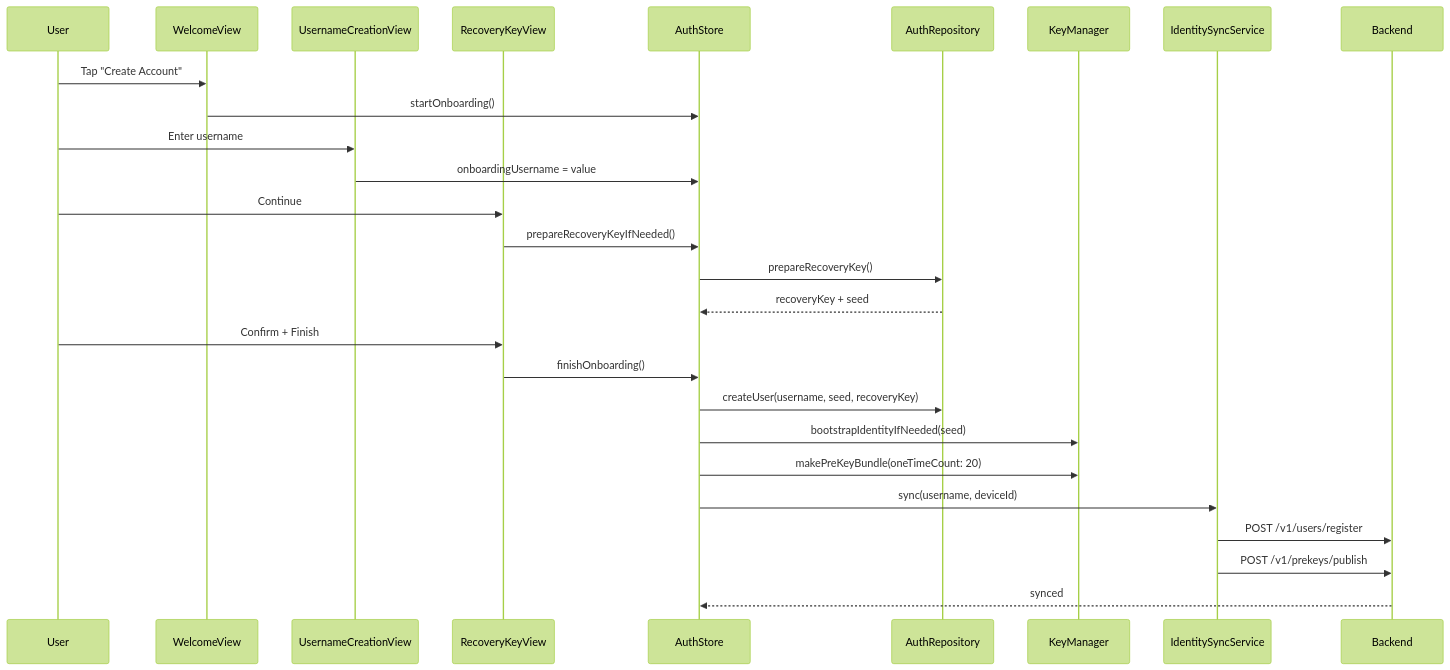
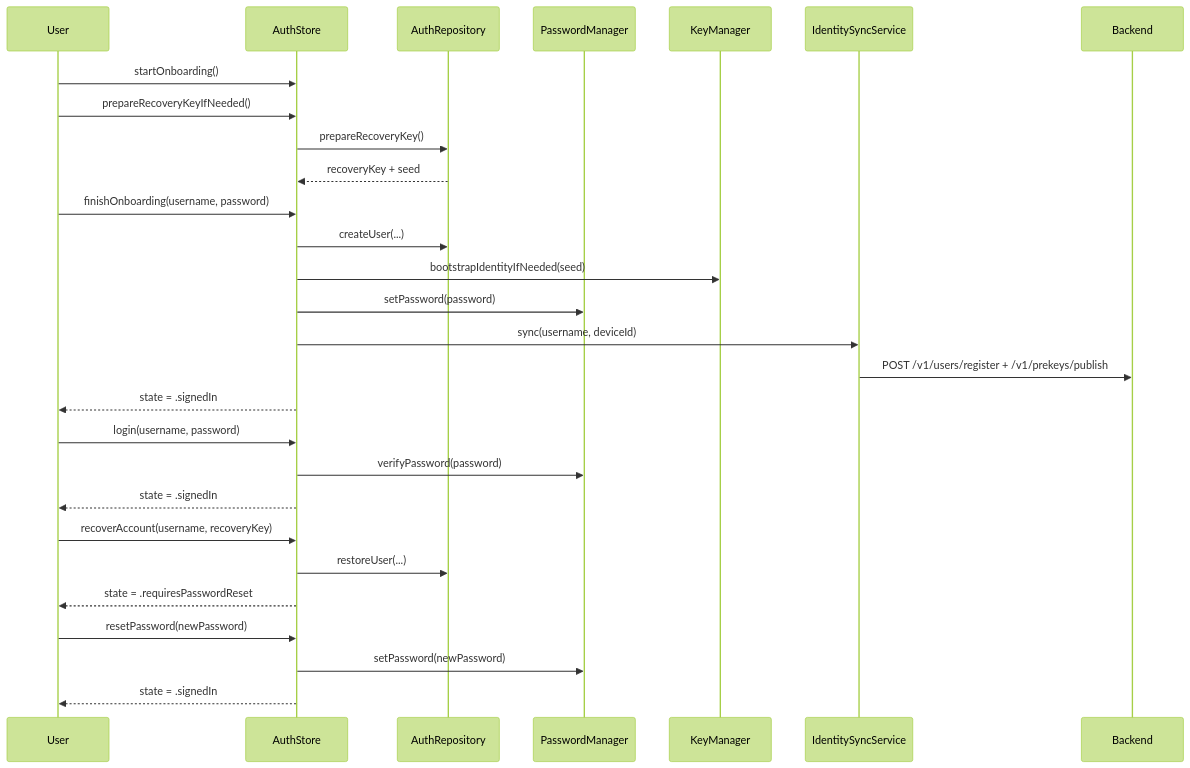
One commit to isalmanqureshi/Veil changed the third of 14 diagrams in docs/DIAGRAMS.md. Above: the diagram before and after it, drawn with Mermaid (forest theme). The commit also changed other lines of this file and 15 other files, not shown here.

````diff
--- a/docs/DIAGRAMS.md
+++ b/docs/DIAGRAMS.md
@@ -121,30 +124,33 @@
 ```mermaid
 sequenceDiagram
   participant U as User
-  participant W as WelcomeView
-  participant UC as UsernameCreationView
-  participant RK as RecoveryKeyView
   participant AS as AuthStore
   participant AR as AuthRepository
+  participant PM as PasswordManager
   participant KM as KeyManager
   participant IS as IdentitySyncService
   participant BE as Backend
 
-  U->>W: Tap "Create Account"
-  W->>AS: startOnboarding()
-  U->>UC: Enter username
-  UC->>AS: onboardingUsername = value
-  U->>RK: Continue
-  RK->>AS: prepareRecoveryKeyIfNeeded()
+  U->>AS: startOnboarding()
+  U->>AS: prepareRecoveryKeyIfNeeded()
   AS->>AR: prepareRecoveryKey()
   AR-->>AS: recoveryKey + seed
-  U->>RK: Confirm + Finish
-  RK->>AS: finishOnboarding()
-  AS->>AR: createUser(username, seed, recoveryKey)
+  U->>AS: finishOnboarding(username, password)
+  AS->>AR: createUser(...)
   AS->>KM: bootstrapIdentityIfNeeded(seed)
-  AS->>KM: makePreKeyBundle(oneTimeCount: 20)
+  AS->>PM: setPassword(password)
   AS->>IS: sync(username, deviceId)
-  IS->>BE: POST /v1/users/register
-  IS->>BE: POST /v1/prekeys/publish
-  BE-->>AS: synced
+  IS->>BE: POST /v1/users/register + /v1/prekeys/publish
+  AS-->>U: state = .signedIn
+
+  U->>AS: login(username, password)
+  AS->>PM: verifyPassword(password)
+  AS-->>U: state = .signedIn
+
+  U->>AS: recoverAccount(username, recoveryKey)
+  AS->>AR: restoreUser(...)
+  AS-->>U: state = .requiresPasswordReset
+  U->>AS: resetPassword(newPassword)
+  AS->>PM: setPassword(newPassword)
+  AS-->>U: state = .signedIn
 ```
````
